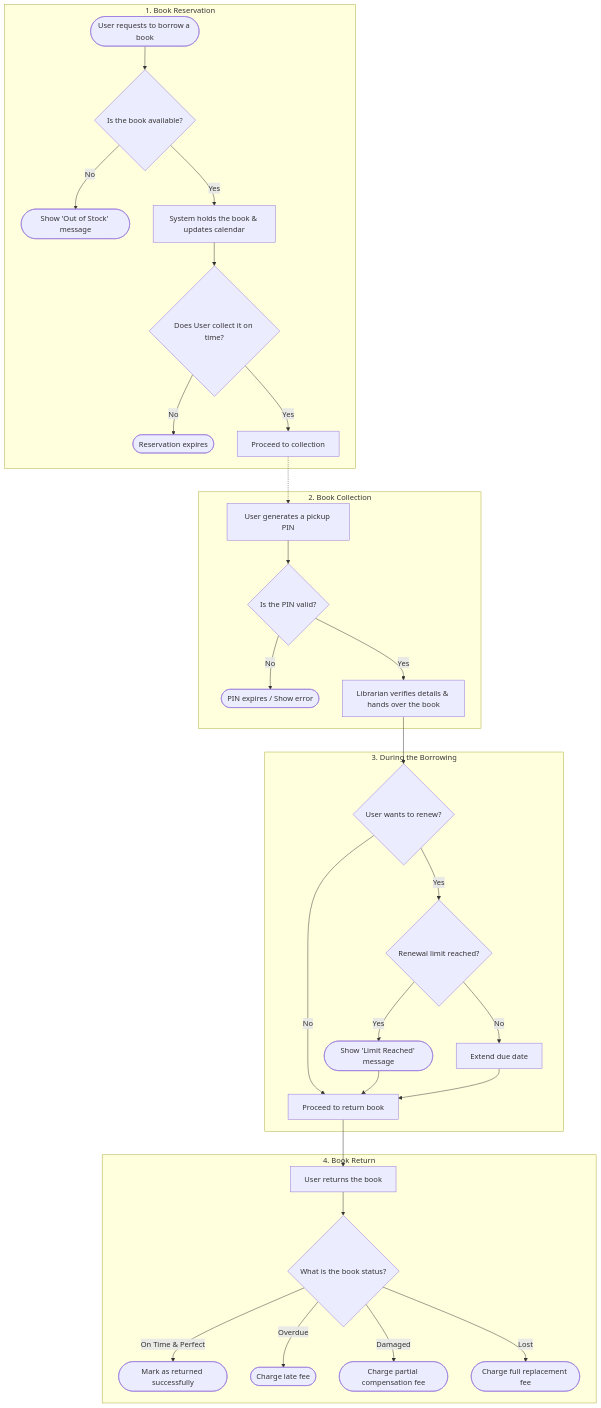
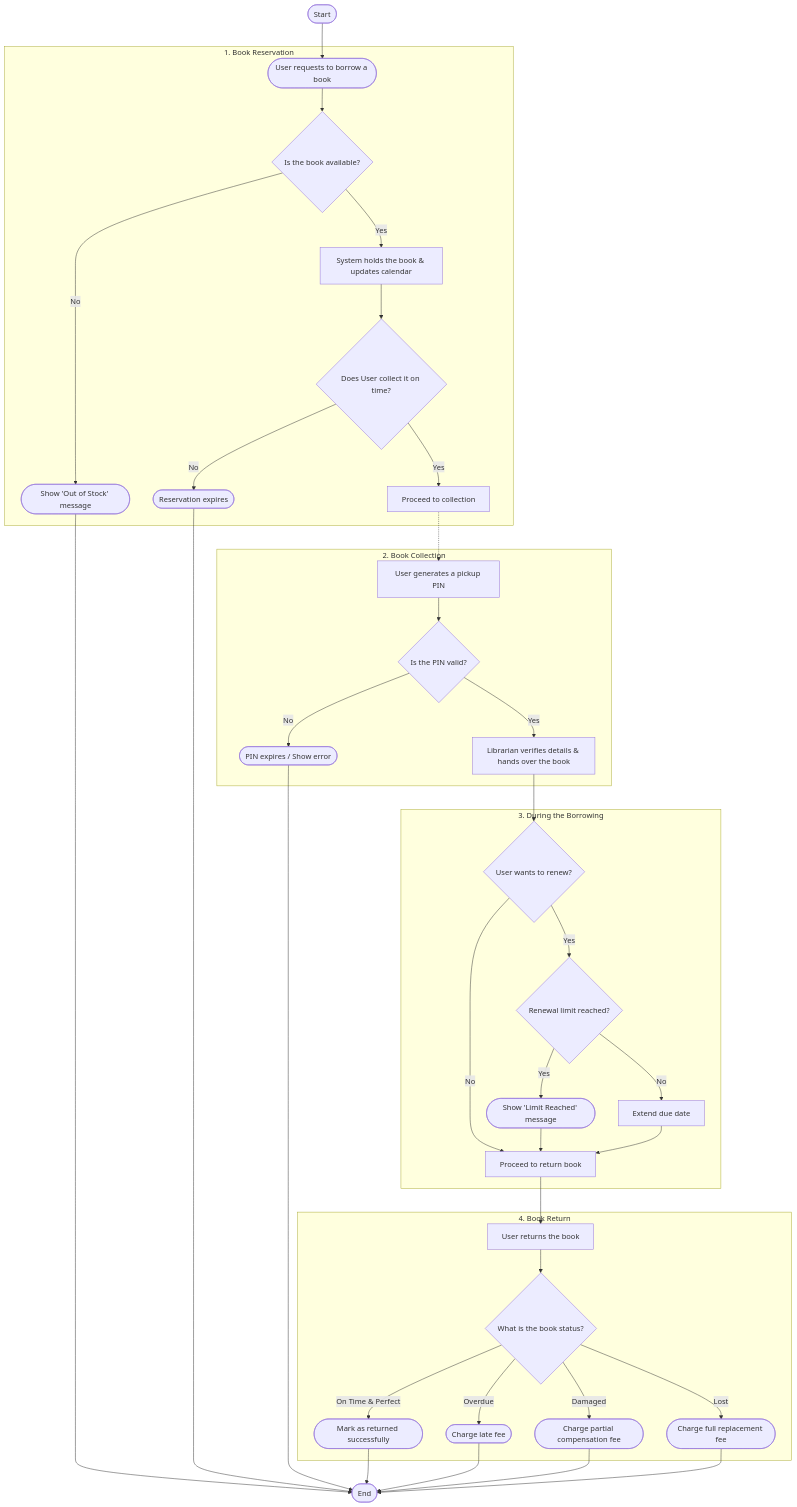
The first of 2 diagrams in docs/management/PA2/VisionDocument.md (DuyNhat1705/AmeThyst-Library), drawn with Mermaid before and after one commit. The commit also changed other lines of this file, not shown here.

````diff
--- a/docs/management/PA2/VisionDocument.md
+++ b/docs/management/PA2/VisionDocument.md
@@ -250,59 +253,69 @@
 ```mermaid
 flowchart TB
+    S(["Start"])
  subgraph Reservation["1. Book Reservation"]
         B{"Is the book available?"}
         A(["User requests to borrow a book"])
         B1@{ label: "Show 'Out of Stock' message" }
         C["System holds the book & updates calendar"]
         D{"Does User collect it on time?"}
         D1(["Reservation expires"])
-        E["Proceed to collection"]
+        Collect["Proceed to collection"]
   end
  subgraph Collection["2. Book Collection"]
         G{"Is the PIN valid?"}
         F["User generates a pickup PIN"]
         G1(["PIN expires / Show error"])
         H["Librarian verifies details & hands over the book"]
   end
  subgraph Management["3. During the Borrowing"]
         I{"User wants to renew?"}
         J{"Renewal limit reached?"}
         J1@{ label: "Show 'Limit Reached' message" }
         J2["Extend due date"]
         K["Proceed to return book"]
   end
  subgraph Return["4. Book Return"]
         L["User returns the book"]
         M{"What is the book status?"}
         N1(["Mark as returned successfully"])
         N2(["Charge late fee"])
         N3(["Charge partial compensation fee"])
         N4(["Charge full replacement fee"])
   end
+    End(["End"])
+    S --> A
     A --> B
     B -- No --> B1
     B -- Yes --> C
     C --> D
     D -- No --> D1
-    D -- Yes --> E
+    D -- Yes --> Collect
     F --> G
     G -- No --> G1
     G -- Yes --> H
     H --> I
     I -- Yes --> J
     J -- Yes --> J1
     J -- No --> J2
     I -- No --> K
     J1 --> K
     J2 --> K
     K --> L
     L --> M
     M -- On Time & Perfect --> N1
     M -- Overdue --> N2
     M -- Damaged --> N3
     M -- Lost --> N4
-    E -.-> F
+    Collect -.-> F
+    B1 --> End
+    D1 --> End
+    G1 --> End
+    N1 --> End
+    N2 --> End
+    N3 --> End
+    N4 --> End
 
     B1@{ shape: stadium}
     J1@{ shape: stadium}
  ```
````
